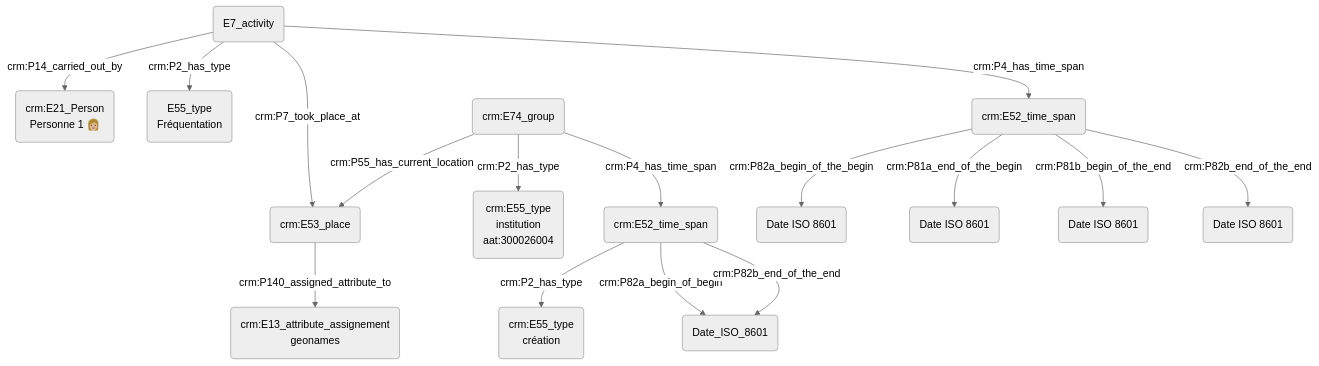
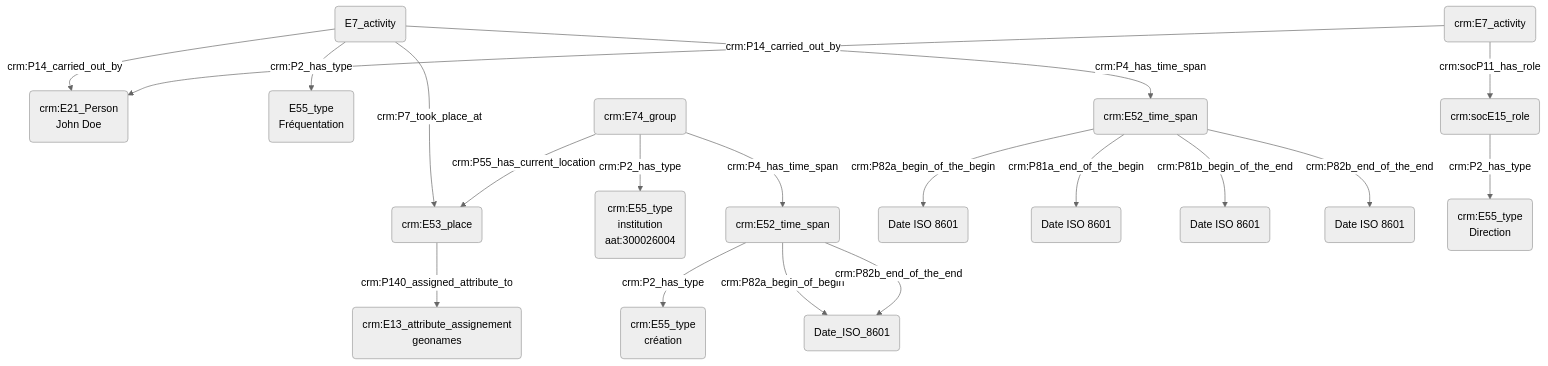
One commit to Amleth/consortium-musica2-gt2-ontologies changed the diagram in modules/livrables/Dossier 2/Prosopographie/fréquentation d'une institution.md. Above: the diagram before and after it, drawn with Mermaid (neutral theme).

Commit message:
Update fréquentation d'une institution.md

````diff
--- a/modules/livrables/Dossier 2/Prosopographie/fréquentation d'une institution.md
+++ b/modules/livrables/Dossier 2/Prosopographie/fréquentation d'une institution.md
@@ -11,21 +11,26 @@
 ```mermaid
 graph TD;
 
-B(E7_activity) -->|crm:P14_carried_out_by| A("crm:E21_Person<br>Personne 1 👩🏼")
+B(E7_activity) -->|crm:P14_carried_out_by| A("crm:E21_Person<br>John Doe")
 B(E7_activity) -->|crm:P2_has_type| C(E55_type<br>Fréquentation)
 
 B(E7_activity) --->|crm:P7_took_place_at| K(E53_place)
 I(crm:E74_group) -->|crm:P2_has_type| J(crm:E55_type<br>institution<br>aat:300026004)
 I(crm:E74_group) -->|crm:P55_has_current_location| K(crm:E53_place)
 K(crm:E53_place) -->|crm:P140_assigned_attribute_to| L(crm:E13_attribute_assignement<br>geonames)
 I(crm:E74_group) -->|crm:P4_has_time_span| M(crm:E52_time_span)
 M(crm:E52_time_span) -->|crm:P2_has_type| N(crm:E55_type<br>création)
 M(crm:E52_time_span) -->|crm:P82a_begin_of_begin| O(Date_ISO_8601)
 M(crm:E52_time_span) -->|crm:P82b_end_of_the_end| O(Date_ISO_8601)
 
 B(E7_activity) --> |crm:P4_has_time_span| D(crm:E52_time_span)
 D(crm:E52_time_span) --> |crm:P82a_begin_of_the_begin| E("Date ISO 8601")
 D(crm:E52_time_span) --> |crm:P81a_end_of_the_begin| F("Date ISO 8601")
 D(crm:E52_time_span) --> |crm:P81b_begin_of_the_end|G("Date ISO 8601")
 D(crm:E52_time_span) --> |crm:P82b_end_of_the_end| H("Date ISO 8601")
+
+P(crm:E7_activity) --> |crm:socP11_has_role| Q(crm:socE15_role)
+Q(crm:socE15_role) -->|crm:P2_has_type| R(crm:E55_type<br>Direction)
+P(crm:E7_activity) --> |crm:P14_carried_out_by| A("crm:E21_Person<br>John Doe")
+
 ```
````
